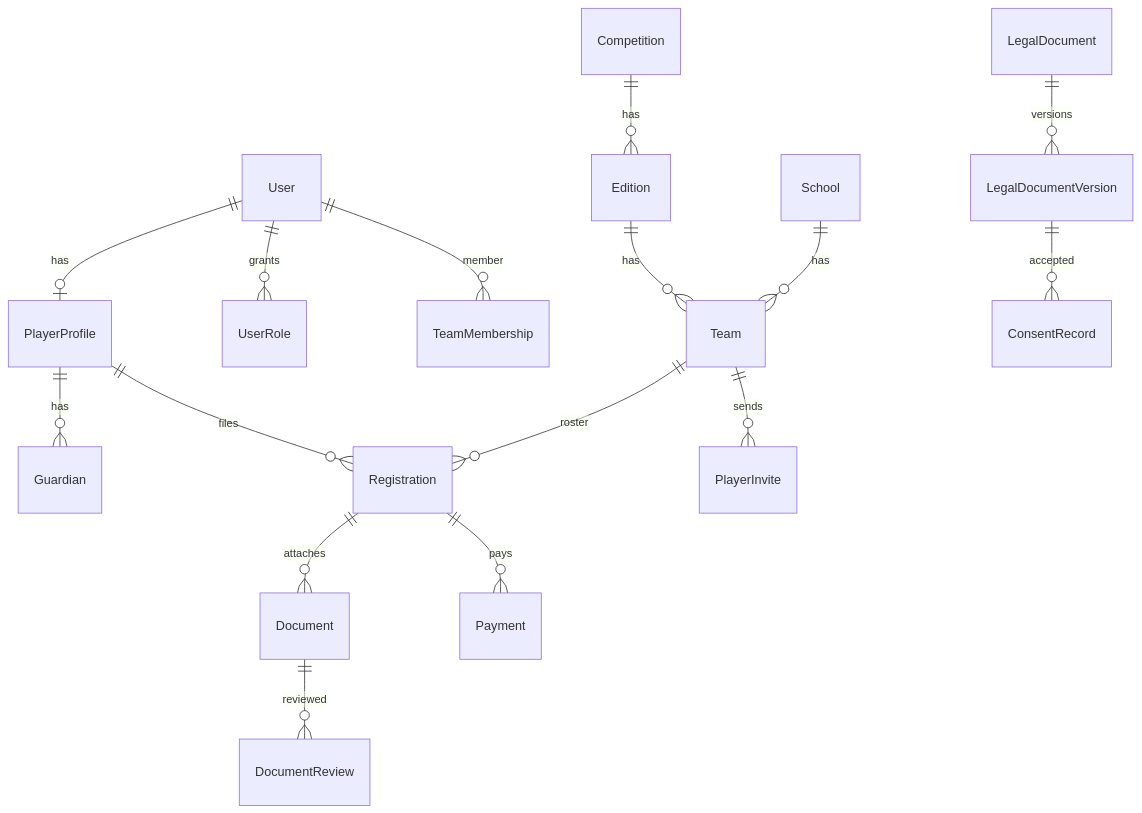
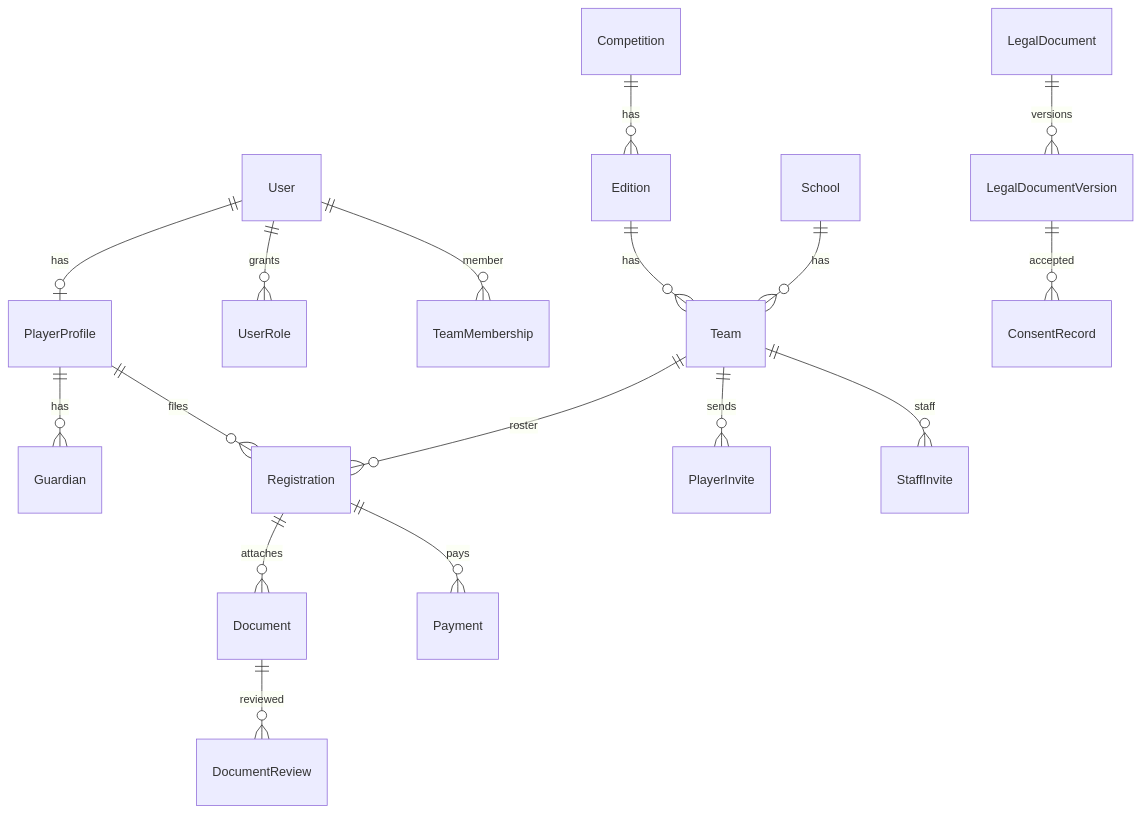
Before and after one commit to m8lamario/piattaforma-lcs: the diagram in docs/05-database-design.md, drawn with Mermaid. The commit also changed other lines of this file and 178 other files, not shown here.

````diff
--- a/docs/05-database-design.md
+++ b/docs/05-database-design.md
@@ -9,18 +9,19 @@
 ```mermaid
 erDiagram
   User ||--o| PlayerProfile : has
   User ||--o{ UserRole : grants
   User ||--o{ TeamMembership : member
   PlayerProfile ||--o{ Guardian : has
   PlayerProfile ||--o{ Registration : files
   Competition ||--o{ Edition : has
   Edition ||--o{ Team : has
   School ||--o{ Team : has
   Team ||--o{ PlayerInvite : sends
+  Team ||--o{ StaffInvite : staff
   Team ||--o{ Registration : roster
   Registration ||--o{ Document : attaches
   Registration ||--o{ Payment : pays
   LegalDocument ||--o{ LegalDocumentVersion : versions
   LegalDocumentVersion ||--o{ ConsentRecord : accepted
   Document ||--o{ DocumentReview : reviewed
 ```
````
